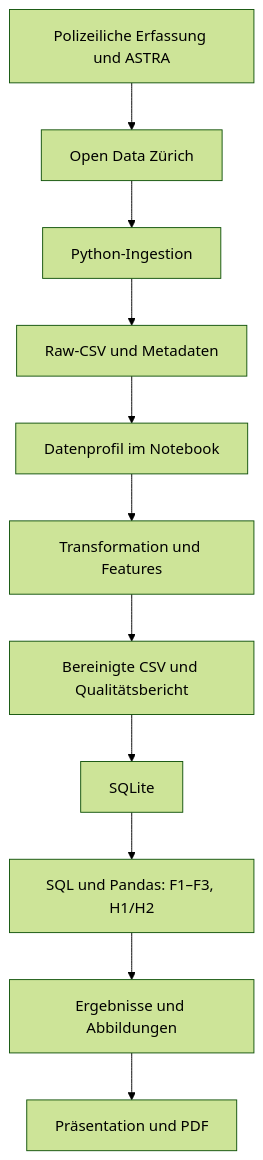
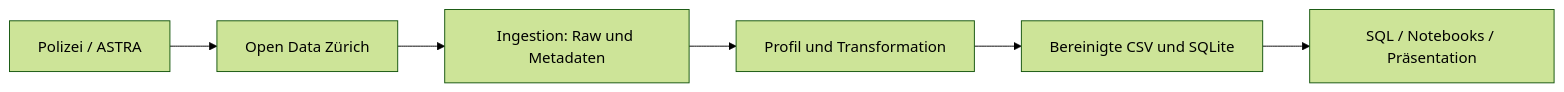
The diagram in README.md (soutorub/de_projektarbeit_hs_2026_zhaw), drawn with Mermaid (forest theme) before and after one commit. The commit also changed other lines of this file and 17 other files, not shown here.

````diff
--- a/README.md
+++ b/README.md
@@ -128,13 +102,8 @@
 ```mermaid
-flowchart TD
-    G[Polizeiliche Erfassung und ASTRA] --> O[Open Data Zürich]
-    O --> I[Python-Ingestion]
-    I --> R[Raw-CSV und Metadaten]
-    R --> P[Datenprofil im Notebook]
-    P --> T[Transformation und Features]
-    T --> C[Bereinigte CSV und Qualitätsbericht]
-    C --> D[SQLite]
-    D --> A[SQL und Pandas: F1–F3, H1/H2]
-    A --> E[Ergebnisse und Abbildungen]
-    E --> F[Präsentation und PDF]
+flowchart LR
+    A[Polizei / ASTRA] --> B[Open Data Zürich]
+    B --> C[Ingestion: Raw und Metadaten]
+    C --> D[Profil und Transformation]
+    D --> E[Bereinigte CSV und SQLite]
+    E --> F[SQL / Notebooks / Präsentation]
 ```
````
